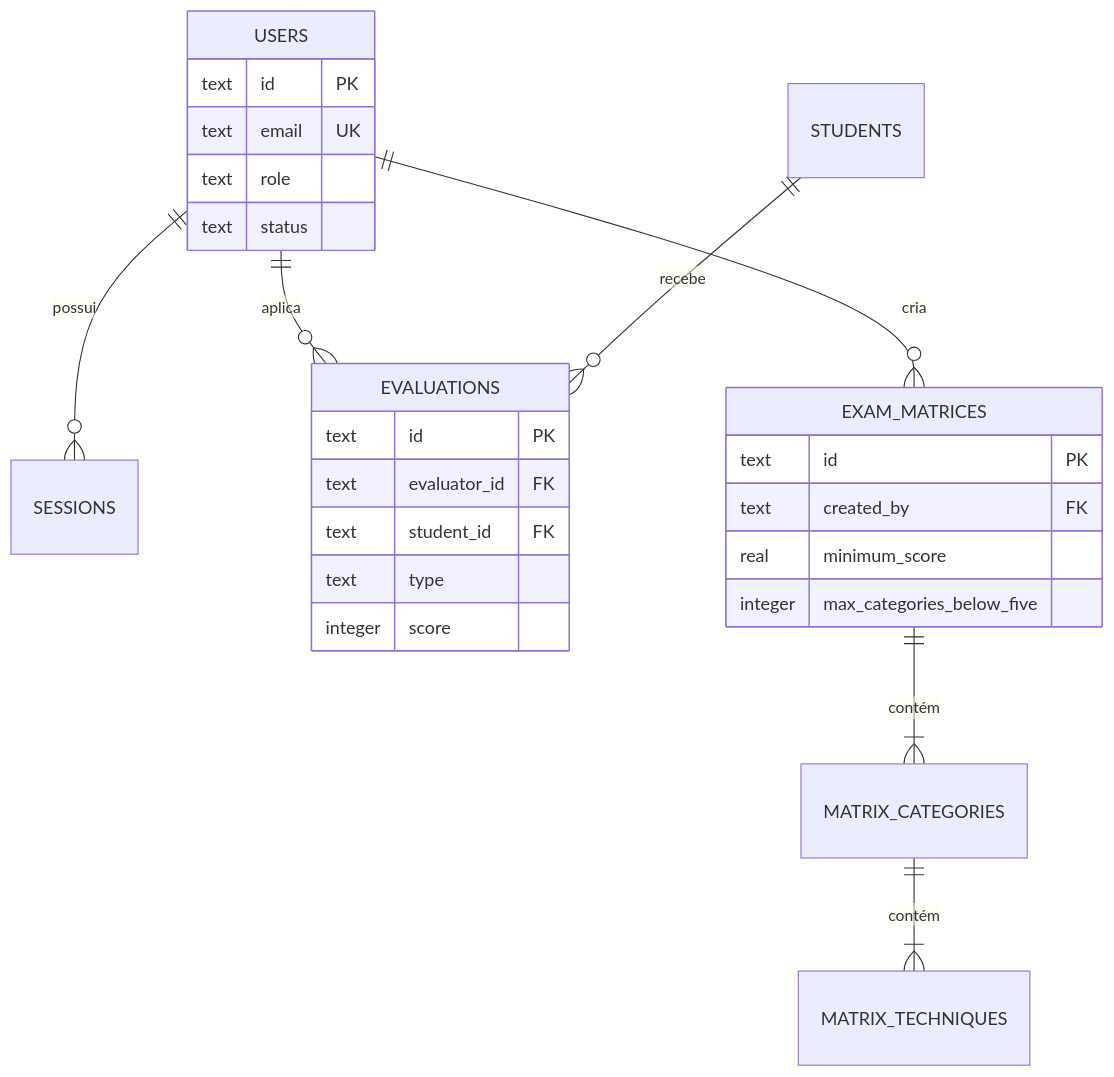
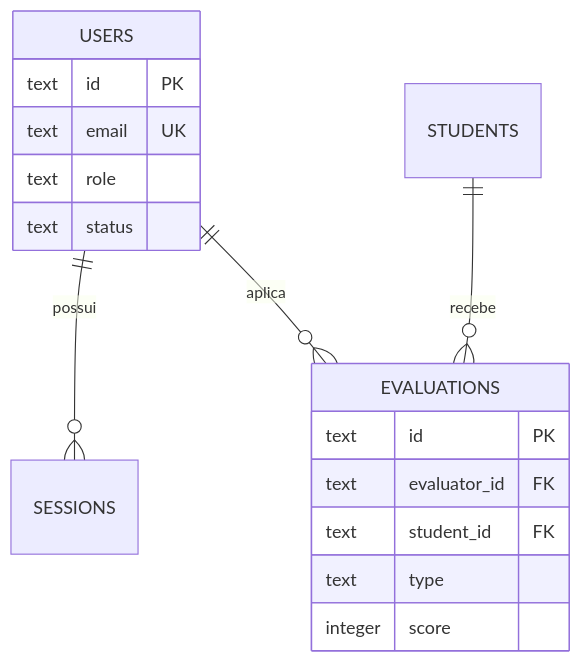
Before and after one commit to ArthurViniNunes/judo-exam-platform: the fourth of 4 diagrams in docs/architecture/README.md, drawn with Mermaid. The commit also changed other lines of this file and 5 other files, not shown here.

````diff
--- a/docs/architecture/README.md
+++ b/docs/architecture/README.md
@@ -101,29 +100,20 @@
 ```mermaid
 erDiagram
   USERS ||--o{ SESSIONS : possui
   USERS ||--o{ EVALUATIONS : aplica
   STUDENTS ||--o{ EVALUATIONS : recebe
-  USERS ||--o{ EXAM_MATRICES : cria
-  EXAM_MATRICES ||--|{ MATRIX_CATEGORIES : contém
-  MATRIX_CATEGORIES ||--|{ MATRIX_TECHNIQUES : contém
 
   USERS {
     text id PK
     text email UK
     text role
     text status
   }
   EVALUATIONS {
     text id PK
     text evaluator_id FK
     text student_id FK
     text type
     integer score
   }
-  EXAM_MATRICES {
-    text id PK
-    text created_by FK
-    real minimum_score
-    integer max_categories_below_five
-  }
 ```
````
